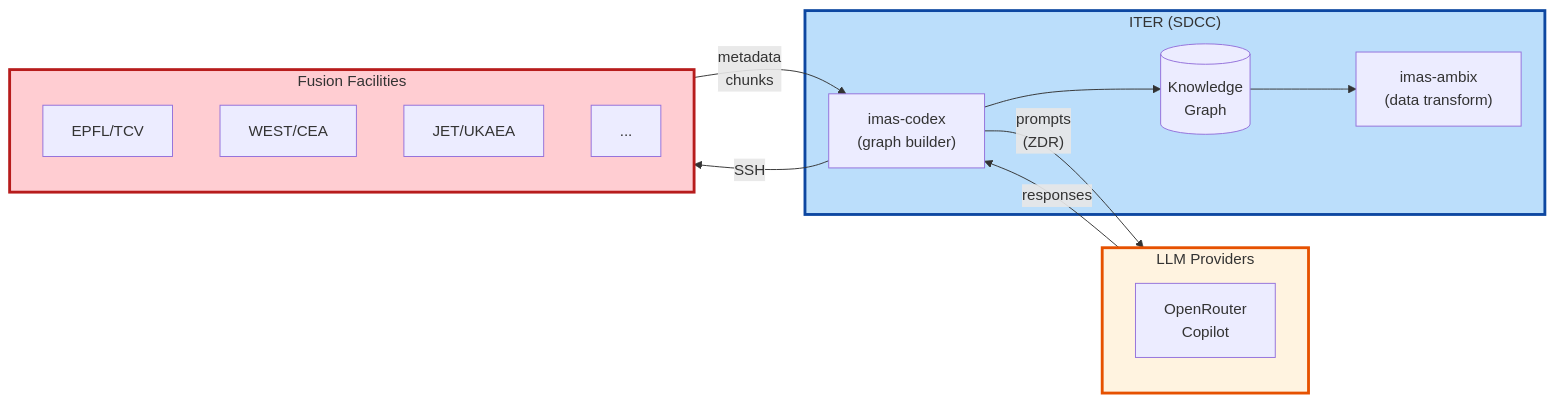
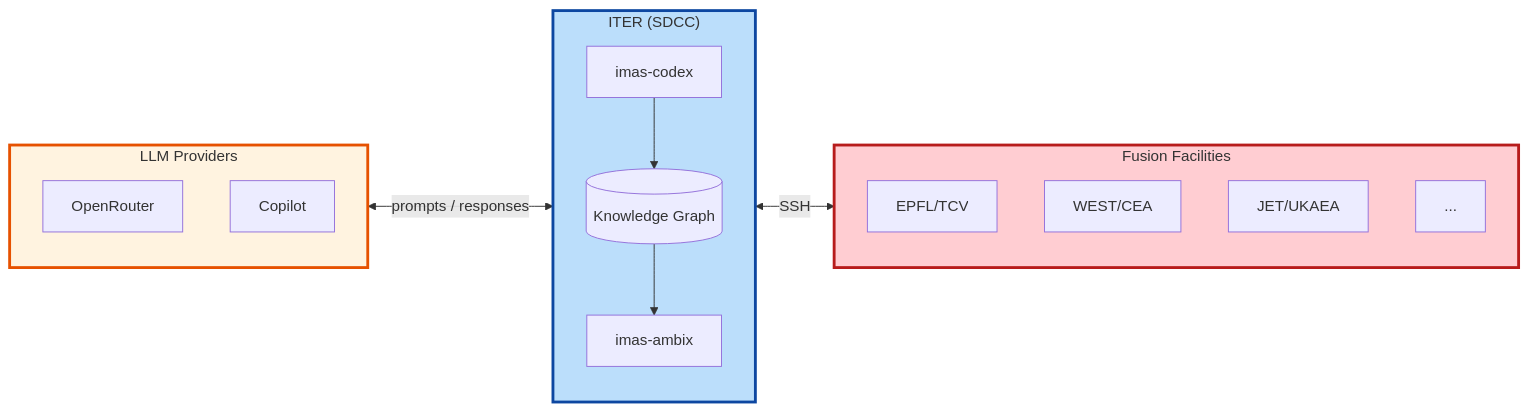
The first of 8 diagrams in docs/architecture/facility-access.md (iterorganization/imas-mcp), drawn with Mermaid before and after one commit. The commit also changed other lines of this file, not shown here.

First line of the commit message:
docs: fix Mermaid diagram layouts for consistent visual language

````diff
--- a/docs/architecture/facility-access.md
+++ b/docs/architecture/facility-access.md
@@ -46,39 +46,31 @@
 ```mermaid
 flowchart LR
-    subgraph LLM_BOX["LLM Providers"]
-        LLM["OpenRouter
-        Copilot"]
+    subgraph LLM["LLM Providers"]
+        direction TB
+        LLM1["OpenRouter"]
+        LLM2["Copilot"]
     end
 
-    subgraph ITER_BOX["ITER (SDCC)"]
-        CODEX["imas-codex
-        (graph builder)"]
-        GRAPH[("Knowledge
-        Graph")]
-        AMBIX["imas-ambix
-        (data transform)"]
-        
-        CODEX --> GRAPH
-        GRAPH --> AMBIX
+    subgraph ITER["ITER (SDCC)"]
+        direction TB
+        CODEX["imas-codex"]
+        GRAPH[("Knowledge Graph")]
+        AMBIX["imas-ambix"]
+        CODEX --> GRAPH --> AMBIX
     end
     
-    subgraph FACILITIES["Fusion Facilities"]
+    subgraph FAC["Fusion Facilities"]
         direction TB
-        EPFL["EPFL/TCV"]
-        WEST["WEST/CEA"]
-        JET["JET/UKAEA"]
-        MORE["..."]
+        F1["EPFL/TCV"]
+        F2["WEST/CEA"]
+        F3["JET/UKAEA"]
+        F4["..."]
     end
 
-    LLM_BOX -->|"responses"| CODEX
-    CODEX -->|"prompts
-    (ZDR)"| LLM_BOX
+    LLM <-->|"prompts / responses"| CODEX
+    CODEX <-->|"SSH"| FAC
     
-    CODEX -->|"SSH"| FACILITIES
-    FACILITIES -->|"metadata
-    chunks"| CODEX
-    
-    style LLM_BOX fill:#fff3e0,stroke:#e65100,stroke-width:3px
-    style ITER_BOX fill:#bbdefb,stroke:#0d47a1,stroke-width:3px
-    style FACILITIES fill:#ffcdd2,stroke:#b71c1c,stroke-width:3px
+    style LLM fill:#fff3e0,stroke:#e65100,stroke-width:3px
+    style ITER fill:#bbdefb,stroke:#0d47a1,stroke-width:3px
+    style FAC fill:#ffcdd2,stroke:#b71c1c,stroke-width:3px
 ```
````
